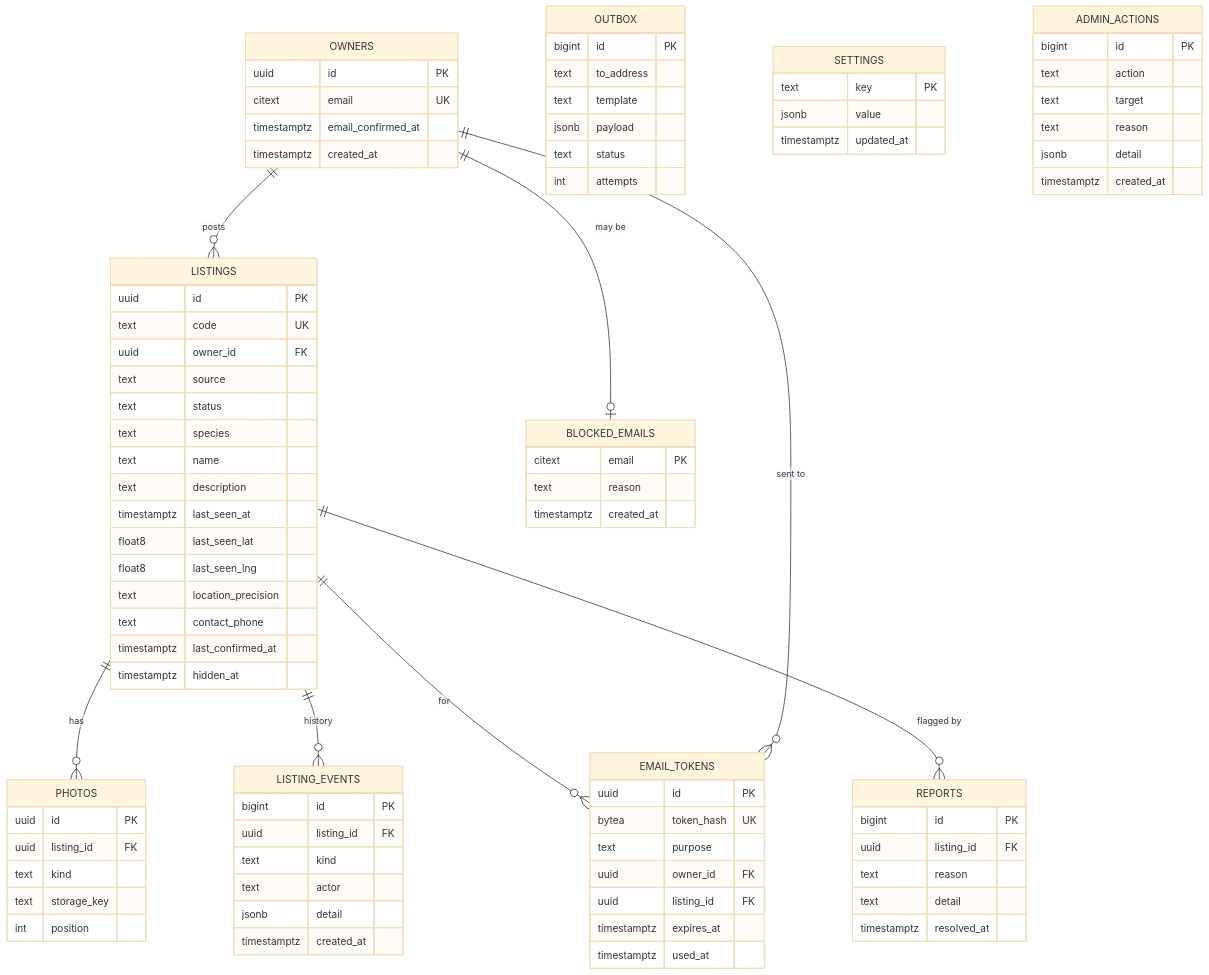
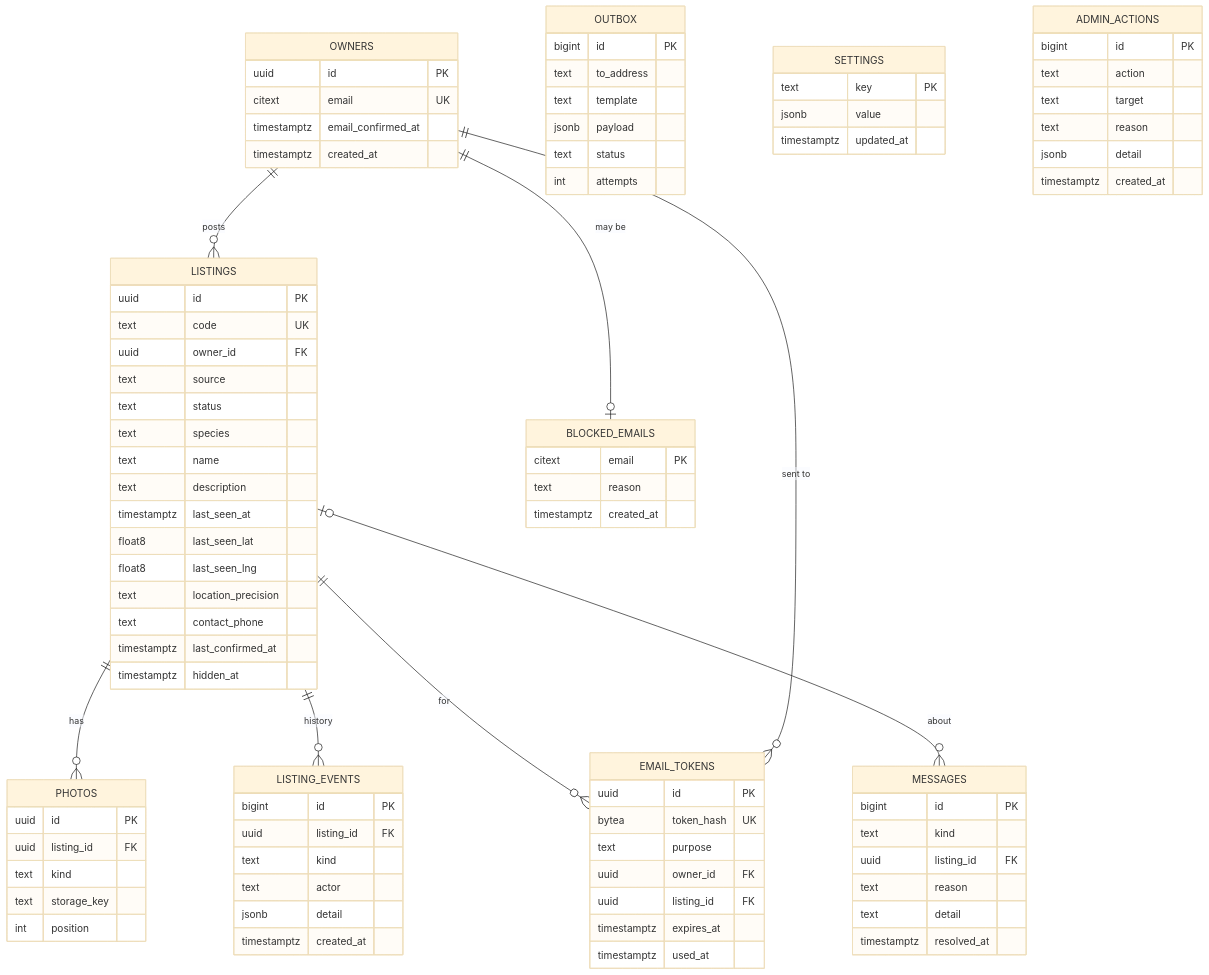
One commit to MoAbboud/PortFolio changed the first of 2 diagrams in roamer/requirements/04-data-model.md. Above: the diagram before and after it, drawn with Mermaid (base theme). The commit also changed other lines of this file and 30 other files, not shown here.

```diff
--- a/roamer/requirements/04-data-model.md
+++ b/roamer/requirements/04-data-model.md
@@ -10,7 +10,7 @@
     LISTINGS ||--o{ LISTING_EVENTS : "history"
     LISTINGS ||--o{ EMAIL_TOKENS : "for"
     OWNERS ||--o{ EMAIL_TOKENS : "sent to"
-    LISTINGS ||--o{ REPORTS : "flagged by"
+    LISTINGS |o--o{ MESSAGES : "about"
     OWNERS ||--o| BLOCKED_EMAILS : "may be"
 
     OWNERS {
@@ -68,8 +68,9 @@
         text status
         int attempts
     }
-    REPORTS {
+    MESSAGES {
         bigint id PK
+        text kind
         uuid listing_id FK
         text reason
         text detail
```
